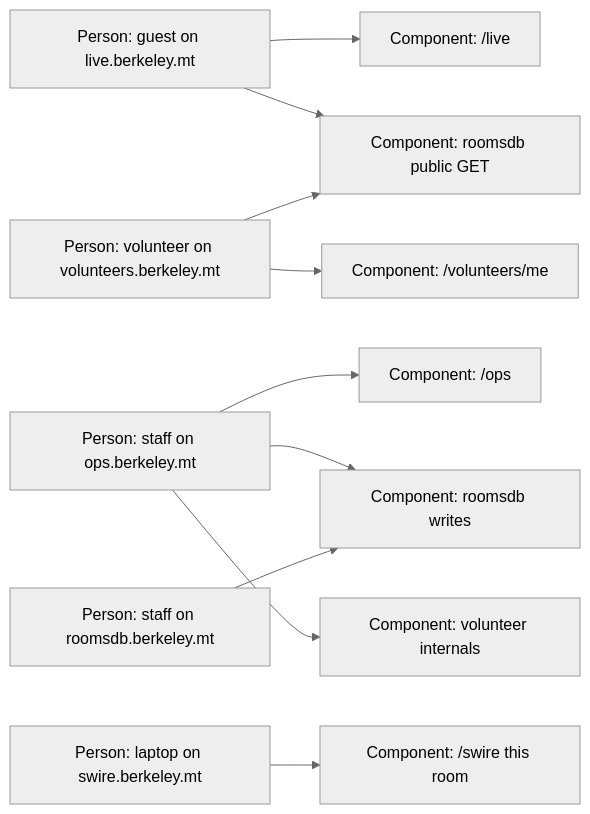
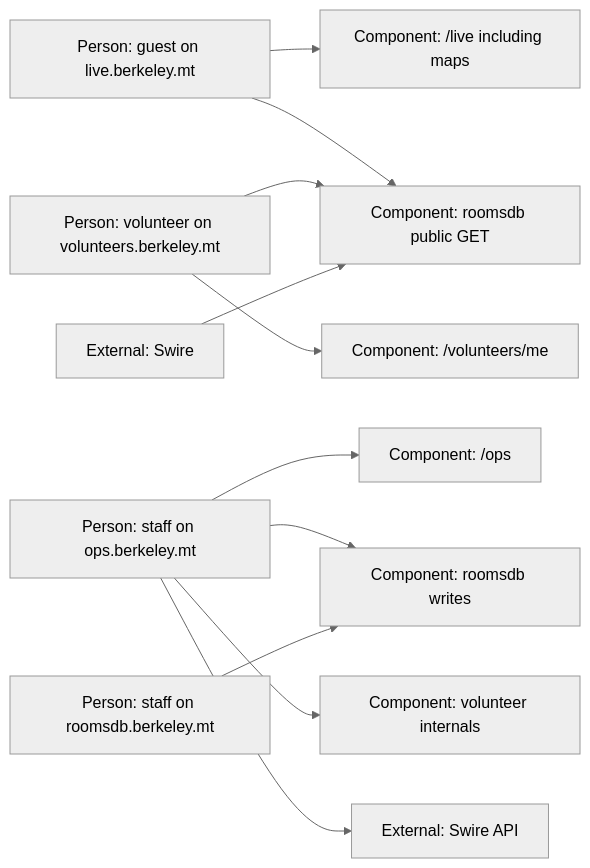
Before and after one commit to tri2k/room-allocations-demo: the second of 2 diagrams in specs/2026-08-24-api-c3.md, drawn with Mermaid. The commit also changed other lines of this file and 5 other files, not shown here.

First line of the commit message:
docs: move Swire off this platform; live stays for maps

````diff
--- a/specs/2026-08-24-api-c3.md
+++ b/specs/2026-08-24-api-c3.md
@@ -78,25 +75,26 @@
 ```mermaid
 %%{init: {"theme": "neutral"}}%%
 flowchart LR
   liveHost["Person: guest on live.berkeley.mt"]
   volHost["Person: volunteer on volunteers.berkeley.mt"]
   staffOps["Person: staff on ops.berkeley.mt"]
   staffRooms["Person: staff on roomsdb.berkeley.mt"]
-  swireHost["Person: laptop on swire.berkeley.mt"]
+  swireExt["External: Swire"]
   roomsdbPublic["Component: roomsdb public GET"]
   roomsdbStaff["Component: roomsdb writes"]
   opsAll["Component: /ops"]
   volMe["Component: /volunteers/me"]
   volInternal["Component: volunteer internals"]
-  swireRoom["Component: /swire this room"]
-  liveAll["Component: /live"]
+  liveAll["Component: /live including maps"]
+  swireApi["External: Swire API"]
   liveHost --> liveAll
   liveHost --> roomsdbPublic
   volHost --> volMe
   volHost --> roomsdbPublic
   staffOps --> opsAll
   staffOps --> roomsdbStaff
   staffOps --> volInternal
+  staffOps --> swireApi
   staffRooms --> roomsdbStaff
-  swireHost --> swireRoom
+  swireExt --> roomsdbPublic
 ```
````
